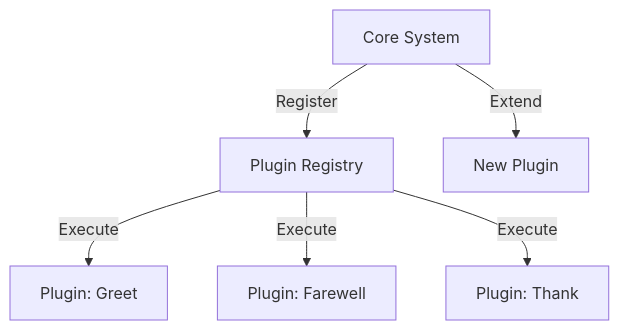
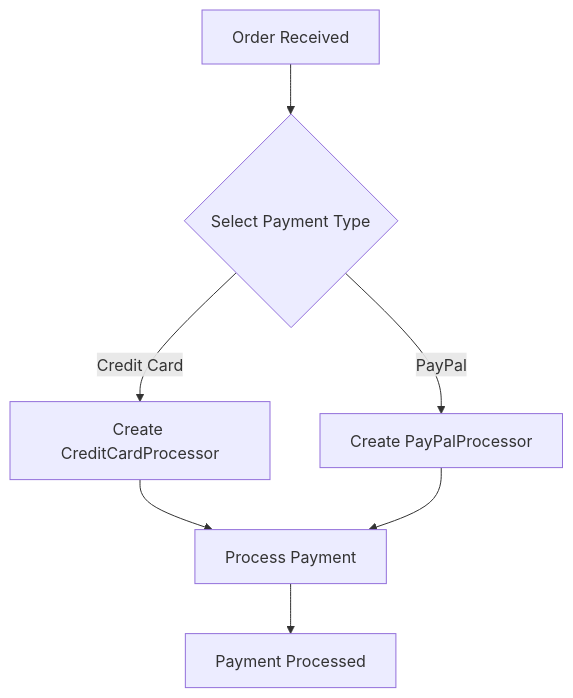
Before and after one commit to MasteryEducation/ClojureForJava.com: the diagram in content/3/8/2/index.md, drawn with Mermaid. The commit also changed other lines of this file and 74 other files, not shown here.

````diff
--- a/content/3/8/2/index.md
+++ b/content/3/8/2/index.md
@@ -217,8 +195,9 @@
 ```mermaid
 graph TD;
-    A[Core System] -->|Register| B[Plugin Registry];
-    B -->|Execute| C[Plugin: Greet];
-    B -->|Execute| D[Plugin: Farewell];
-    B -->|Execute| E[Plugin: Thank];
-    A -->|Extend| F[New Plugin];
+    A[Order Received] --> B{Select Payment Type};
+    B -->|Credit Card| C[Create CreditCardProcessor];
+    B -->|PayPal| D[Create PayPalProcessor];
+    C --> E[Process Payment];
+    D --> E[Process Payment];
+    E --> F[Payment Processed];
 ```
````
